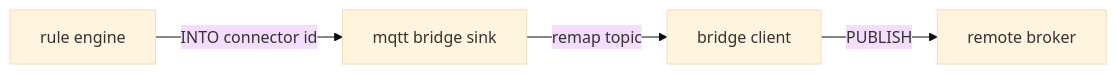
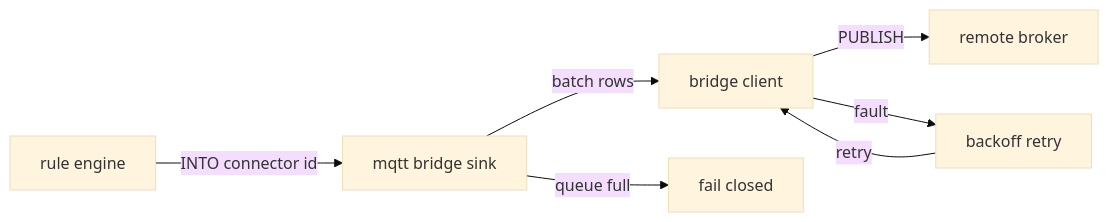
The diagram in docs/connectors/mqtt-bridge.md (Indus-Stack/indramqtt), drawn with Mermaid (base theme) before and after one commit. The commit also changed other lines of this file and 3 other files, not shown here.

````diff
--- a/docs/connectors/mqtt-bridge.md
+++ b/docs/connectors/mqtt-bridge.md
@@ -14,6 +14,9 @@
 ```mermaid
 flowchart LR
     Rule["rule engine"] -- "INTO connector id" --> Sink["mqtt bridge sink"]
-    Sink -- "remap topic" --> Pub["bridge client"]
+    Sink -- "batch rows" --> Pub["bridge client"]
     Pub -- "PUBLISH" --> Remote["remote broker"]
+    Pub -- "fault" --> Back["backoff retry"]
+    Back -- "retry" --> Pub
+    Sink -- "queue full" --> Drop["fail closed"]
 ```
````
